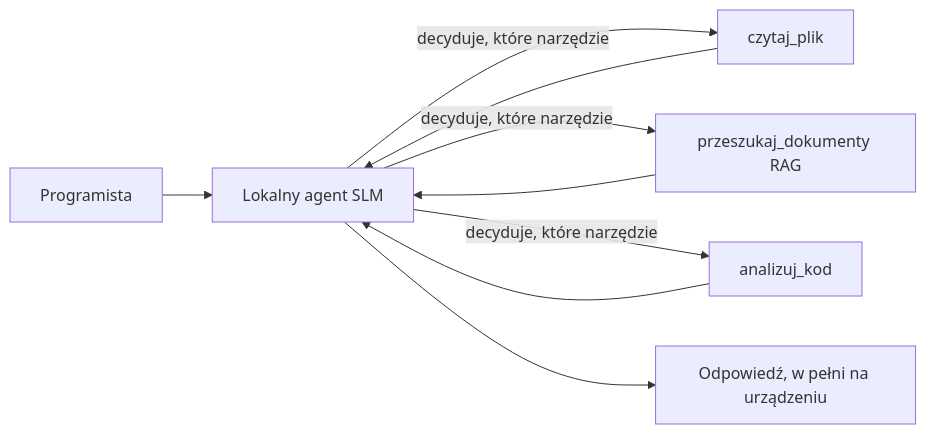
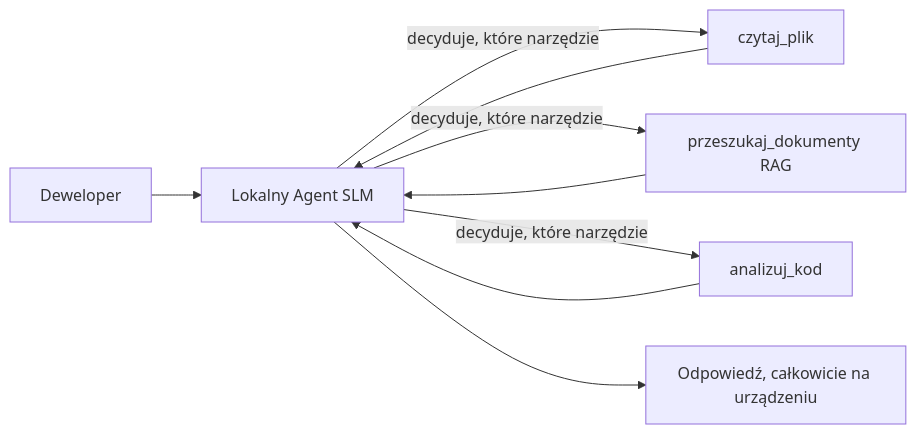
Before and after one commit to gabrielmoreira/agent-skills-mirror: the first of 4 diagrams in mirrors/repos/microsoft@ai-agents-for-beginners/translations/pl/17-creating-local-ai-agents/README.md, drawn with Mermaid. The commit also changed other lines of this file and 4262 other files, not shown here.

````diff
--- a/mirrors/repos/microsoft@ai-agents-for-beginners/translations/pl/17-creating-local-ai-agents/README.md
+++ b/mirrors/repos/microsoft@ai-agents-for-beginners/translations/pl/17-creating-local-ai-agents/README.md
@@ -66,11 +66,11 @@
 ```mermaid
 flowchart LR
-    U[Programista] --> A[Lokalny agent SLM]
+    U[Deweloper] --> A[Lokalny Agent SLM]
     A -->|decyduje, które narzędzie| T1[czytaj_plik]
     A -->|decyduje, które narzędzie| T2[przeszukaj_dokumenty RAG]
     A -->|decyduje, które narzędzie| T3[analizuj_kod]
     T1 --> A
     T2 --> A
     T3 --> A
-    A --> R[Odpowiedź, w pełni na urządzeniu]
+    A --> R[Odpowiedź, całkowicie na urządzeniu]
 ```
````
